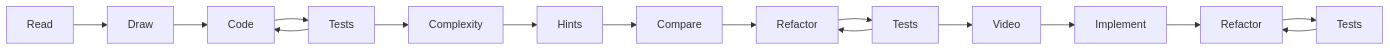
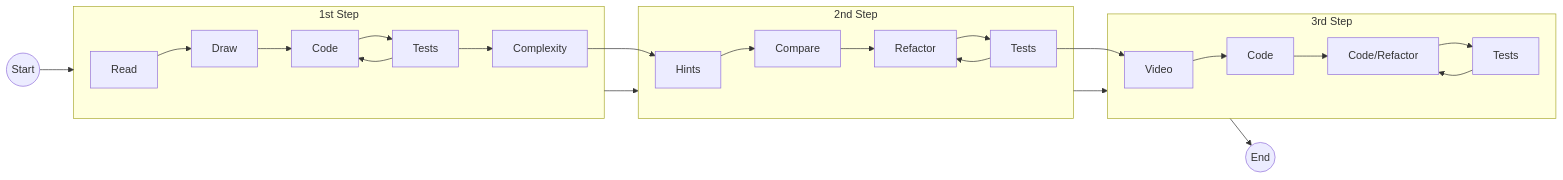
Before and after one commit to filipe1309/algoexpert-ts-solutions: the diagram in README.md, drawn with Mermaid. The commit also changed other lines of this file, not shown here.

Commit message:
docs(README): improve study method graph

````diff
--- a/README.md
+++ b/README.md
@@ -305,19 +308,28 @@
 ```mermaid
-graph LR
+flowchart LR
+    START((Start)) --> one
+    subgraph one[1st Step]
     A[Read] --> B[Draw]
     B --> C[Code]
     C --> D[Tests]
     D --> C
-    %% E --> D
     D --> I[Complexity]
+    end
+    subgraph two[2nd Step]
     I --> J[Hints]
     J --> K[Compare]
     K --> L[Refactor]
     L --> M[Tests]
     M --> L 
+    end
+    subgraph three[3rd Step]
     M --> N[Video]
-    N --> O[Implement]
-    O --> P[Refactor]
+    N --> O[Code]
+    O --> P[Code/Refactor]
     P --> Q[Tests]
     Q --> P
+    end
+    one --> two
+    two --> three
+    three --> End((End))
 ```
````
